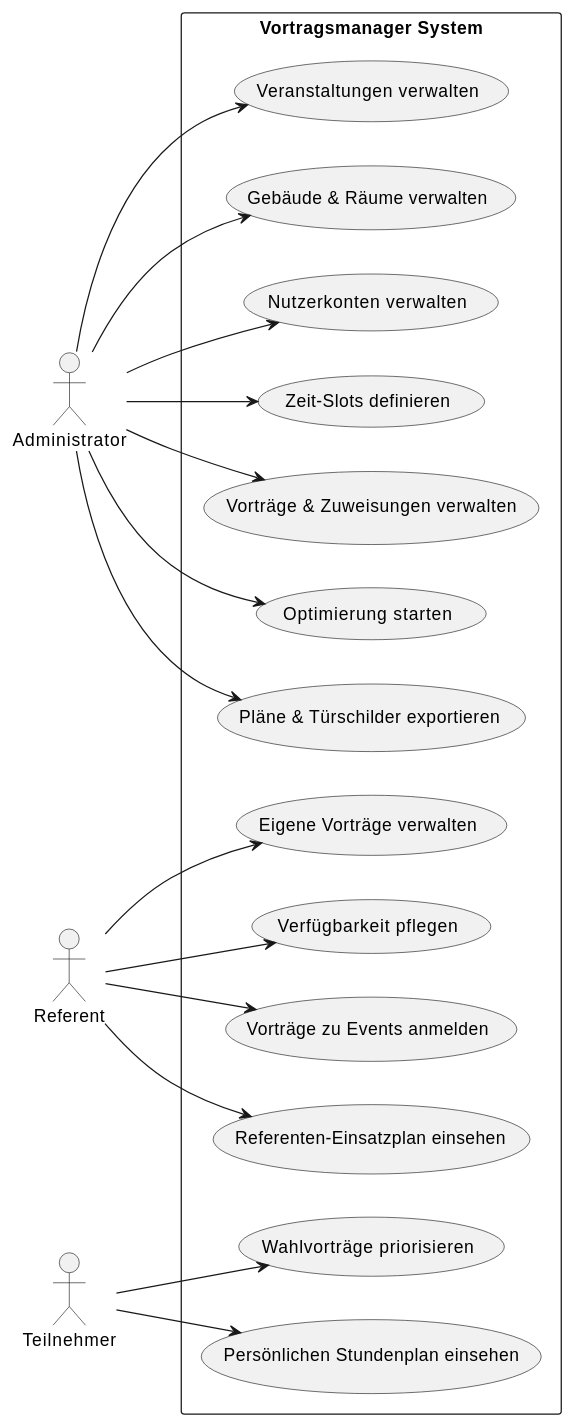
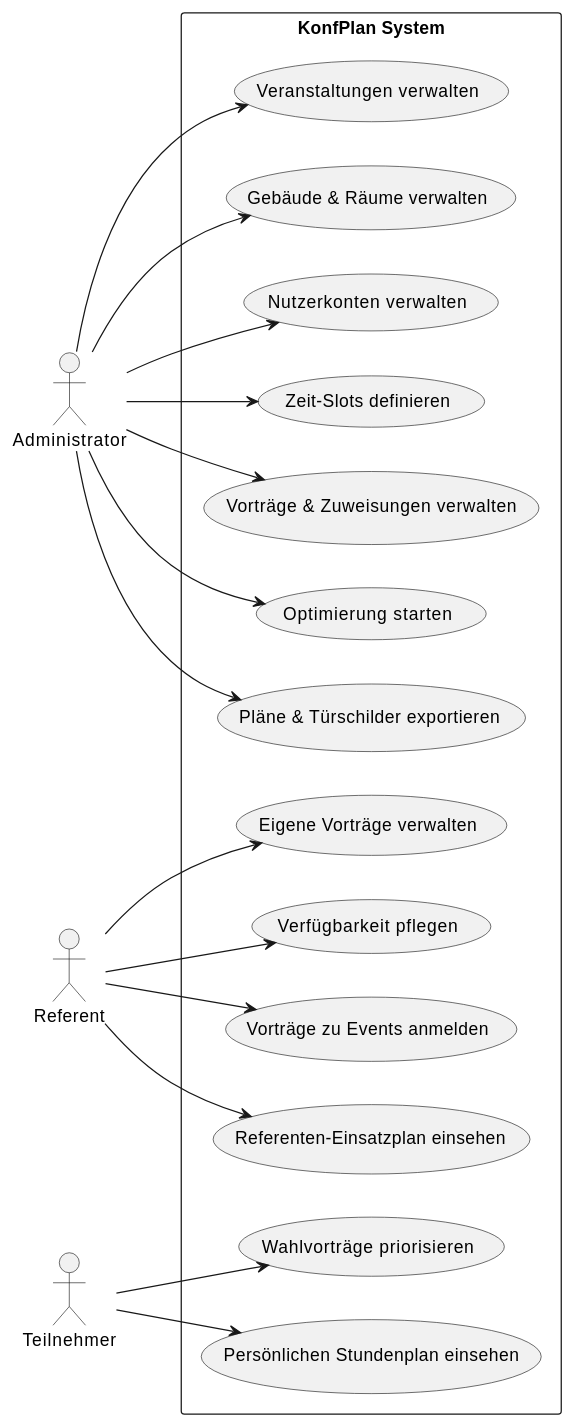
One commit to dylanaut/konfplan changed the diagram in backend/src/main/asciidoc/USE_CASES_gemini.adoc. Above: the diagram before and after it, drawn with PlantUML. The commit also changed other lines of this file and 270 other files, not shown here.

Commit message:
RENAME: vortragsmanager -> KonfPlan Templates für Pläne nach Optimierung Import von Prioritäten Gatling LuP Tests TeilnehmerDashboard.vue erweitert

```diff
--- a/backend/src/main/asciidoc/USE_CASES_gemini.adoc
+++ b/backend/src/main/asciidoc/USE_CASES_gemini.adoc
@@ -11,45 +11,45 @@
 [plantuml, usecase-diagram, svg]
 ----
 @startuml
 left to right direction
 skinparam packageStyle rectangle
 
 actor "Administrator" as Admin
 actor "Referent" as Ref
 actor "Teilnehmer" as User
 
-package "Vortragsmanager System" {
+package "KonfPlan System" {
   (Veranstaltungen verwalten) as UC1
   (Gebäude & Räume verwalten) as UC2
   (Nutzerkonten verwalten) as UC3
   (Zeit-Slots definieren) as UC4
   (Vorträge & Zuweisungen verwalten) as UC5
   (Optimierung starten) as UC6
   (Pläne & Türschilder exportieren) as UC7
 
   (Eigene Vorträge verwalten) as UC8
   (Verfügbarkeit pflegen) as UC9
   (Vorträge zu Events anmelden) as UC10
   (Referenten-Einsatzplan einsehen) as UC11
 
   (Wahlvorträge priorisieren) as UC12
   (Persönlichen Stundenplan einsehen) as UC13
 }
 
 Admin --> UC1
 Admin --> UC2
 Admin --> UC3
 Admin --> UC4
 Admin --> UC5
 Admin --> UC6
 Admin --> UC7
 
 Ref --> UC8
 Ref --> UC9
 Ref --> UC10
 Ref --> UC11
 
 User --> UC12
 User --> UC13
 @enduml
 ----
```
